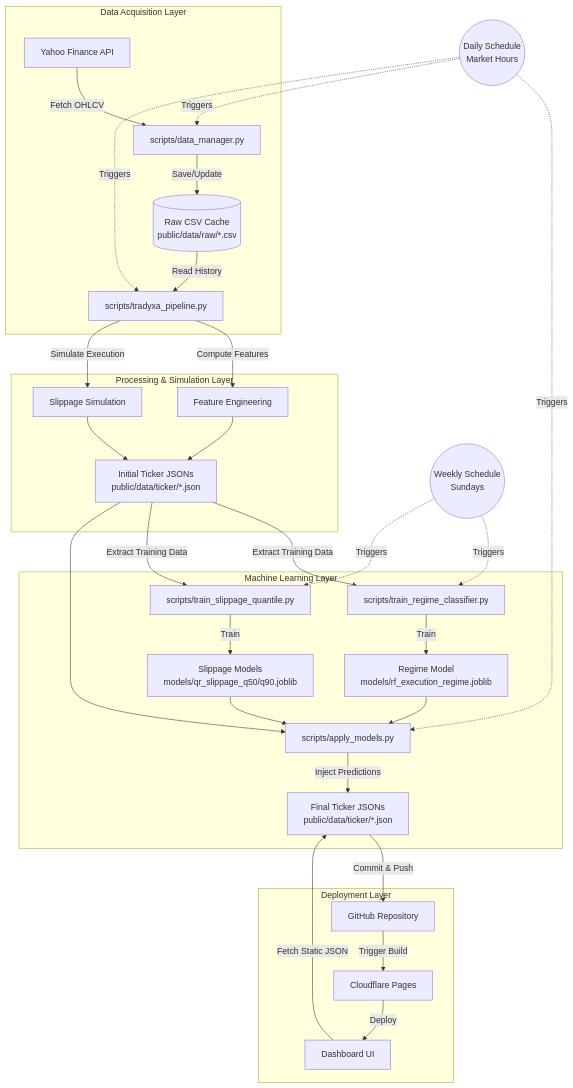
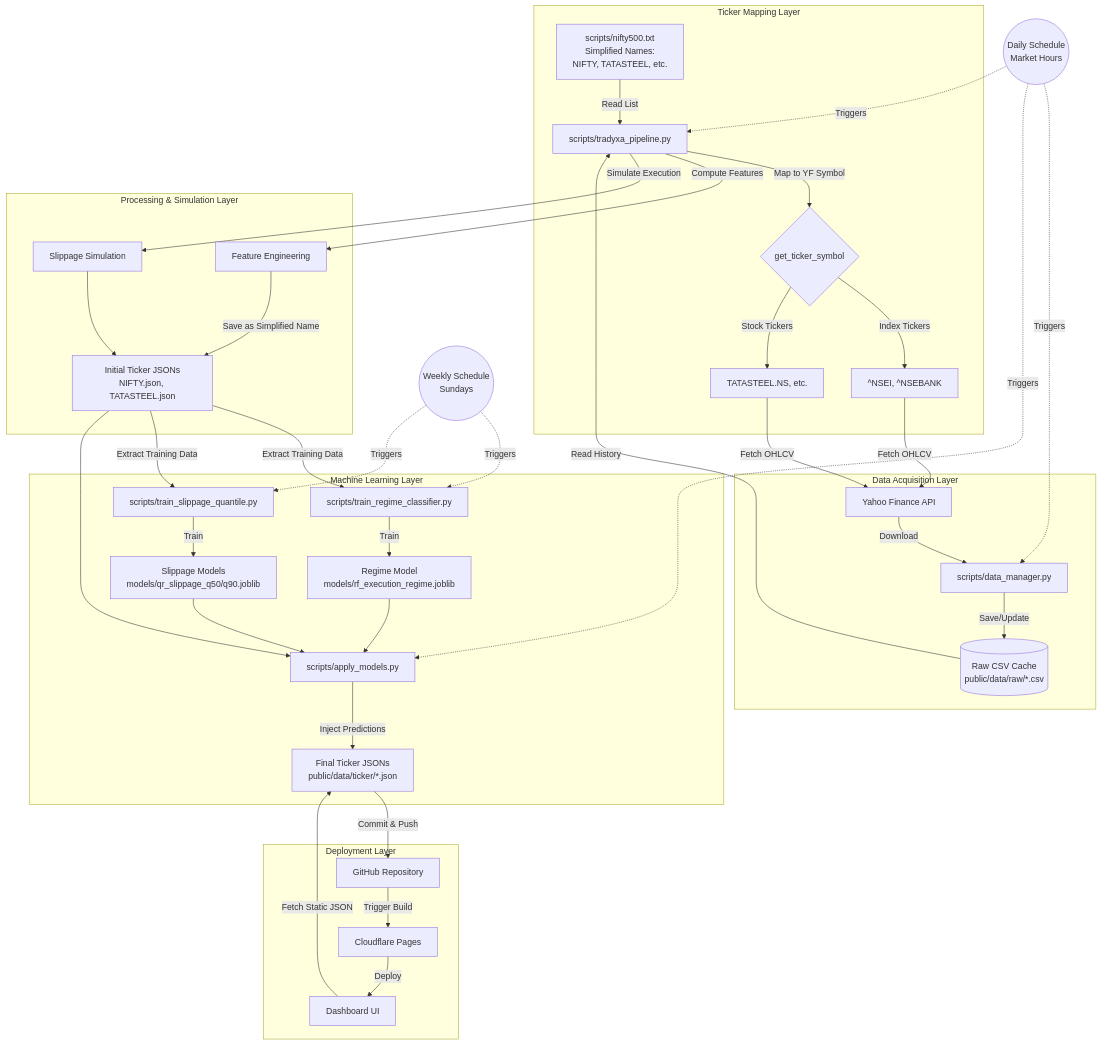
One commit to zetaaztra/GammaX changed the diagram in ARCHITECTURE.md. Above: the diagram before and after it, drawn with Mermaid. The commit also changed other lines of this file and 1641 other files, not shown here.

````diff
--- a/ARCHITECTURE.md
+++ b/ARCHITECTURE.md
@@ -7,43 +7,52 @@
 ```mermaid
 graph TD
+    subgraph "Ticker Mapping Layer"
+        TXT[scripts/nifty500.txt<br/>Simplified Names:<br/>NIFTY, TATASTEEL, etc.] -->|Read List| PL[scripts/tradyxa_pipeline.py]
+        PL -->|Map to YF Symbol| MAP{get_ticker_symbol}
+        MAP -->|Index Tickers| IDX[^NSEI, ^NSEBANK]
+        MAP -->|Stock Tickers| STK[TATASTEEL.NS, etc.]
+    end
+
     subgraph "Data Acquisition Layer"
-        YF[Yahoo Finance API] -->|Fetch OHLCV| DM[scripts/data_manager.py]
+        IDX -->|Fetch OHLCV| YF[Yahoo Finance API]
+        STK -->|Fetch OHLCV| YF
+        YF -->|Download| DM[scripts/data_manager.py]
         DM -->|Save/Update| CSV[(Raw CSV Cache<br/>public/data/raw/*.csv)]
-        CSV -->|Read History| PL[scripts/tradyxa_pipeline.py]
+        CSV -->|Read History| PL
     end
 
     subgraph "Processing & Simulation Layer"
         PL -->|Compute Features| FE[Feature Engineering]
         PL -->|Simulate Execution| SIM[Slippage Simulation]
-        FE --> JSON_INIT[Initial Ticker JSONs<br/>public/data/ticker/*.json]
+        FE -->|Save as Simplified Name| JSON_INIT[Initial Ticker JSONs<br/>NIFTY.json, TATASTEEL.json]
         SIM --> JSON_INIT
     end
 
     subgraph "Machine Learning Layer"
         JSON_INIT -->|Extract Training Data| TR_REG[scripts/train_regime_classifier.py]
         JSON_INIT -->|Extract Training Data| TR_SLIP[scripts/train_slippage_quantile.py]
         
         TR_REG -->|Train| MOD_REG[Regime Model<br/>models/rf_execution_regime.joblib]
         TR_SLIP -->|Train| MOD_SLIP[Slippage Models<br/>models/qr_slippage_q50/q90.joblib]
         
         MOD_REG --> APP[scripts/apply_models.py]
         MOD_SLIP --> APP
         JSON_INIT --> APP
         APP -->|Inject Predictions| JSON_FINAL[Final Ticker JSONs<br/>public/data/ticker/*.json]
     end
 
     subgraph "Deployment Layer"
         JSON_FINAL -->|Commit & Push| GIT[GitHub Repository]
         GIT -->|Trigger Build| CF[Cloudflare Pages]
         CF -->|Deploy| WEB[Dashboard UI]
         WEB -->|Fetch Static JSON| JSON_FINAL
     end
 
     %% Scheduling
     SCH_DAILY((Daily Schedule<br/>Market Hours)) -.->|Triggers| DM
     SCH_DAILY -.->|Triggers| PL
     SCH_DAILY -.->|Triggers| APP
     
     SCH_WEEKLY((Weekly Schedule<br/>Sundays)) -.->|Triggers| TR_REG
     SCH_WEEKLY -.->|Triggers| TR_SLIP
 ```
````
